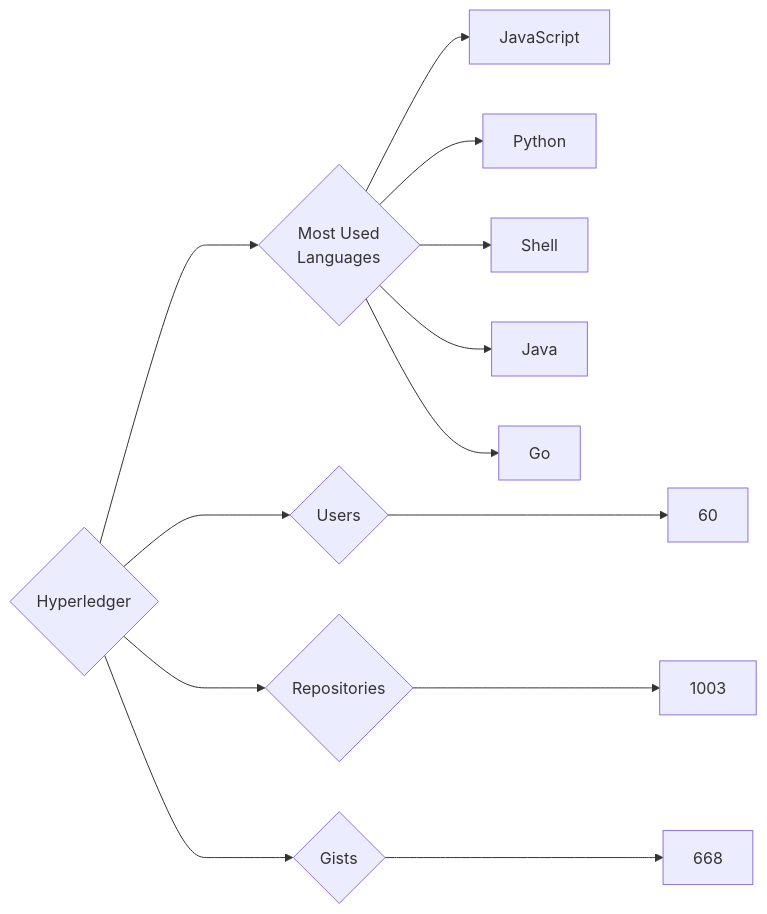
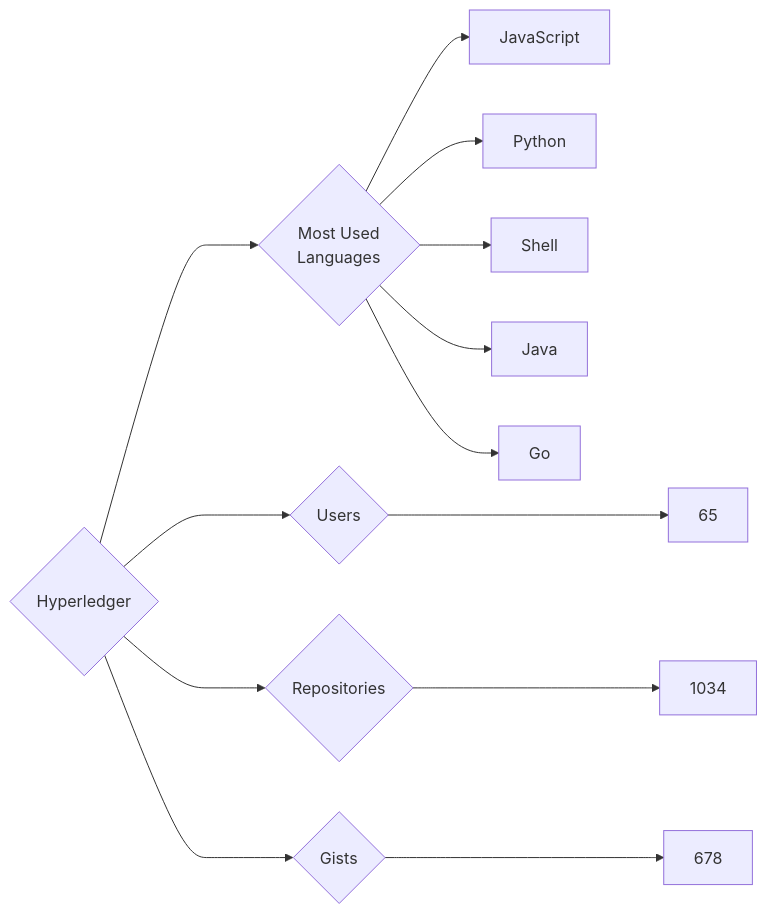
Before and after one commit to trickest/insiders: the diagram in targets/Hyperledger/README.md, drawn with Mermaid. The commit also changed 809 other files, not shown here.

````diff
--- a/targets/Hyperledger/README.md
+++ b/targets/Hyperledger/README.md
@@ -3,13 +3,13 @@
 ```mermaid
 graph LR
 COMPANY_NAME{Hyperledger}
-COMPANY_NAME ---> U{Users} ---> UN[60]
-COMPANY_NAME ---> R{Repositories} ---> RN[1003]
-COMPANY_NAME ---> G{Gists} ---> GN[668]
+COMPANY_NAME ---> U{Users} ---> UN[65]
+COMPANY_NAME ---> R{Repositories} ---> RN[1034]
+COMPANY_NAME ---> G{Gists} ---> GN[678]
 COMPANY_NAME ---> ML{Most Used<br>Languages}
 ML --> JavaScript[JavaScript]
 ML --> Python[Python]
 ML --> Shell[Shell]
 ML --> Java[Java]
 ML --> Go[Go]
 ```
````
